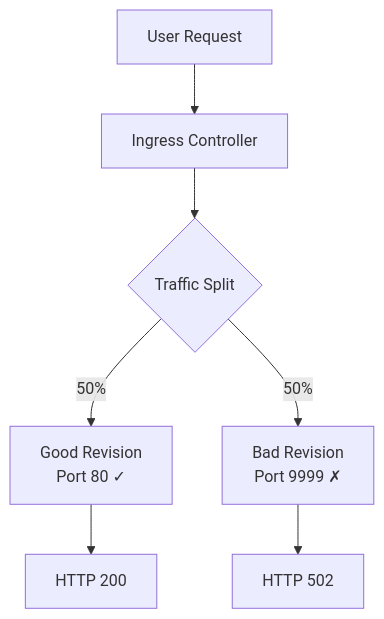
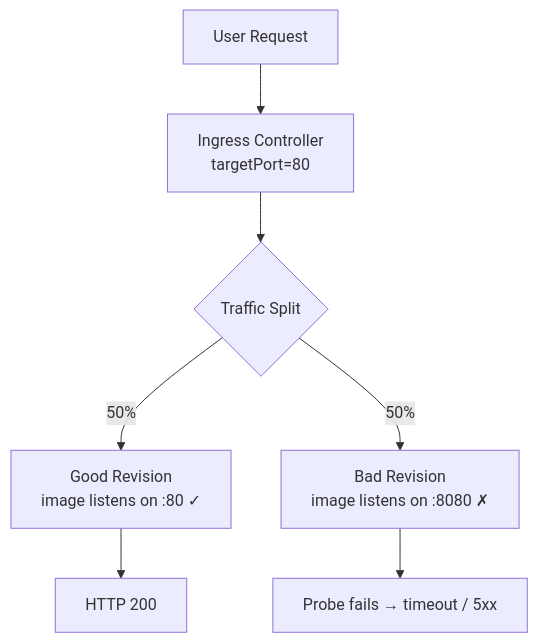
Before and after one commit to yeongseon/azure-container-apps-practical-guide: the diagram in docs/troubleshooting/lab-guides/traffic-routing-canary.md, drawn with Mermaid. The commit also changed other lines of this file and 6 other files, not shown here.

````diff
--- a/docs/troubleshooting/lab-guides/traffic-routing-canary.md
+++ b/docs/troubleshooting/lab-guides/traffic-routing-canary.md
@@ -70,9 +77,9 @@
 ```mermaid
 flowchart TD
-    A[User Request] --> B[Ingress Controller]
+    A[User Request] --> B[Ingress Controller<br/>targetPort=80]
     B --> C{Traffic Split}
-    C -->|50%| D[Good Revision<br/>Port 80 ✓]
-    C -->|50%| E[Bad Revision<br/>Port 9999 ✗]
+    C -->|50%| D[Good Revision<br/>image listens on :80 ✓]
+    C -->|50%| E[Bad Revision<br/>image listens on :8080 ✗]
     D --> F[HTTP 200]
-    E --> G[HTTP 502]
+    E --> G[Probe fails → timeout / 5xx]
 ```
````
